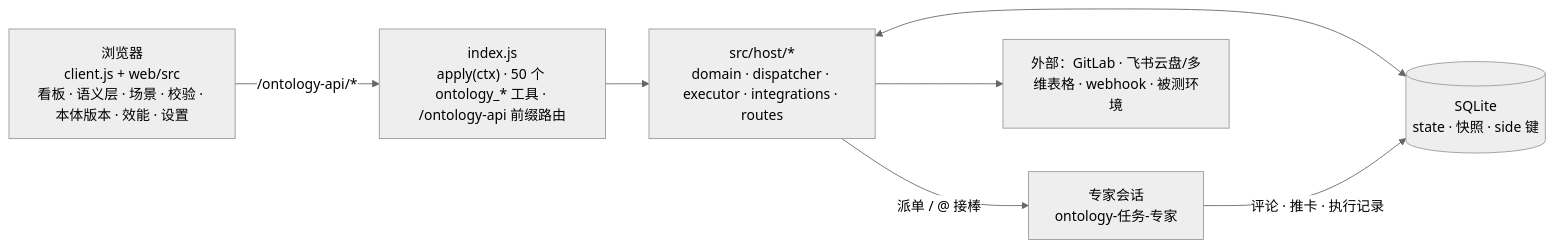
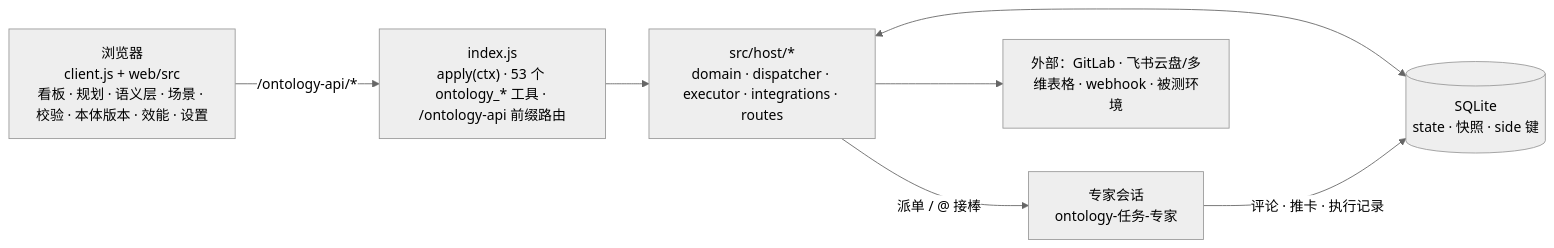
One commit to Ding-6/dsh-ontology changed the diagram in README.md. Above: the diagram before and after it, drawn with Mermaid (neutral theme). The commit also changed other lines of this file and 34 other files, not shown here.

````diff
--- a/README.md
+++ b/README.md
@@ -54,15 +57,15 @@
 ```mermaid
 flowchart LR
-  UI["浏览器<br/>client.js + web/src<br/>看板 · 语义层 · 场景 · 校验 · 本体版本 · 效能 · 设置"]
-  API["index.js<br/>apply(ctx) · 50 个 ontology_* 工具 · /ontology-api 前缀路由"]
+  UI["浏览器<br/>client.js + web/src<br/>看板 · 规划 · 语义层 · 场景 · 校验 · 本体版本 · 效能 · 设置"]
+  API["index.js<br/>apply(ctx) · 53 个 ontology_* 工具 · /ontology-api 前缀路由"]
   HOST["src/host/*<br/>domain · dispatcher · executor · integrations · routes"]
   DB[("SQLite<br/>state · 快照 · side 键")]
   AGENT["专家会话<br/>ontology-任务-专家"]
   EXT["外部：GitLab · 飞书云盘/多维表格 · webhook · 被测环境"]
   UI -->|"/ontology-api/*"| API
   API --> HOST
   HOST <--> DB
   HOST -->|"派单 / @ 接棒"| AGENT
   AGENT -->|"评论 · 推卡 · 执行记录"| DB
   HOST --> EXT
 ```
````
